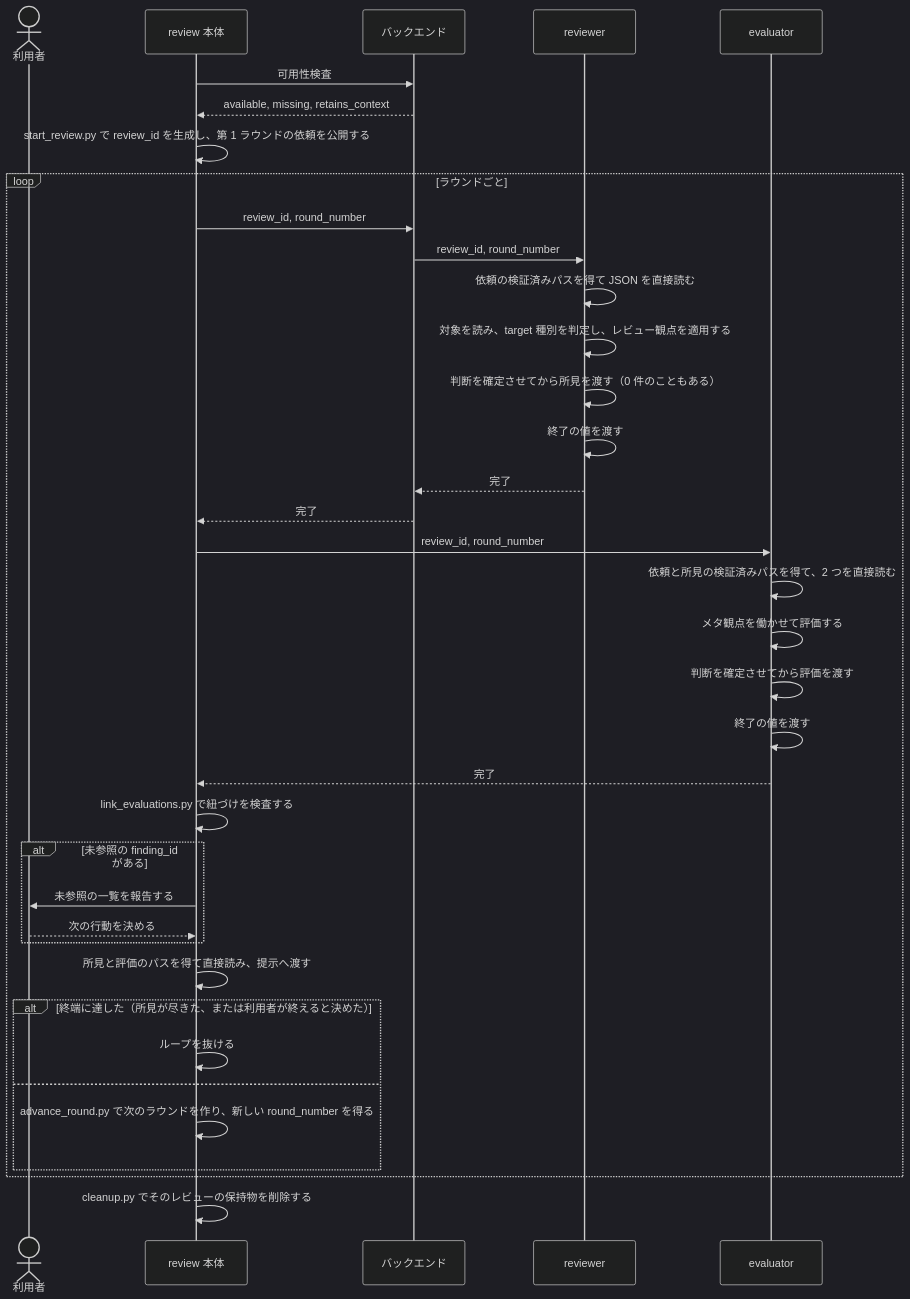
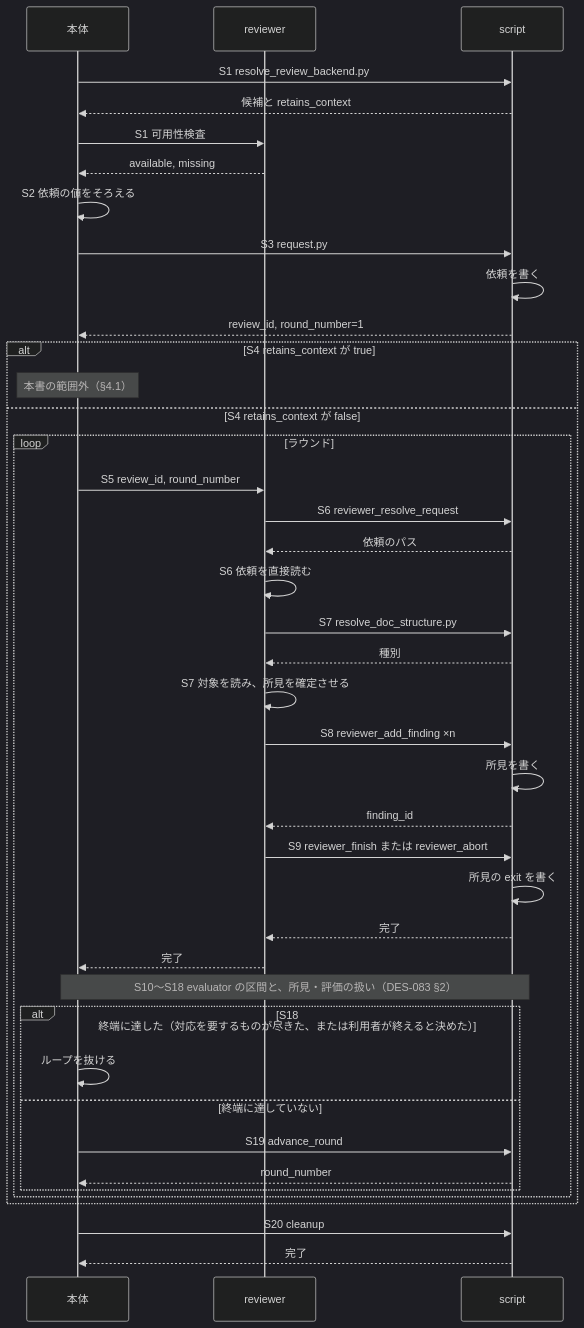
The first of 3 diagrams in docs/specs/review/design/DES-084_reviewer_design.md (BlueEventHorizon/bw-cc-plugins), drawn with Mermaid (dark theme) before and after one commit. The commit also changed other lines of this file and 4 other files, not shown here.

First line of the commit message:
docs: review設計書を基本設計（シーケンス・クラス・JSON・script）の節立てで書き直し、要件に本体が最終決定者である原則を加える

````diff
--- a/docs/specs/review/design/DES-084_reviewer_design.md
+++ b/docs/specs/review/design/DES-084_reviewer_design.md
@@ -28,40 +36,44 @@
 ```mermaid
 sequenceDiagram
-    actor Human as 利用者
-    participant Body as review 本体
-    participant B as バックエンド
+    participant Body as 本体
     participant R as reviewer
-    participant E as evaluator
+    participant Sc as script
 
-    Body->>B: 可用性検査
-    B-->>Body: available, missing, retains_context
-    Body->>Body: start_review.py で review_id を生成し、第 1 ラウンドの依頼を公開する
-    loop ラウンドごと
-        Body->>B: review_id, round_number
-        B->>R: review_id, round_number
-        R->>R: 依頼の検証済みパスを得て JSON を直接読む
-        R->>R: 対象を読み、target 種別を判定し、レビュー観点を適用する
-        R->>R: 判断を確定させてから所見を渡す（0 件のこともある）
-        R->>R: 終了の値を渡す
-        R-->>B: 完了
-        B-->>Body: 完了
-        Body->>E: review_id, round_number
-        E->>E: 依頼と所見の検証済みパスを得て、2 つを直接読む
-        E->>E: メタ観点を働かせて評価する
-        E->>E: 判断を確定させてから評価を渡す
-        E->>E: 終了の値を渡す
-        E-->>Body: 完了
-        Body->>Body: link_evaluations.py で紐づけを検査する
-        alt 未参照の finding_id がある
-            Body->>Human: 未参照の一覧を報告する
-            Human-->>Body: 次の行動を決める
-        end
-        Body->>Body: 所見と評価のパスを得て直接読み、提示へ渡す
-        alt 終端に達した（所見が尽きた、または利用者が終えると決めた）
-            Body->>Body: ループを抜ける
-        else
-            Body->>Body: advance_round.py で次のラウンドを作り、新しい round_number を得る
+    Body->>Sc: S1 resolve_review_backend.py
+    Sc-->>Body: 候補と retains_context
+    Body->>R: S1 可用性検査
+    R-->>Body: available, missing
+    Body->>Body: S2 依頼の値をそろえる
+    Body->>Sc: S3 request.py
+    Sc->>Sc: 依頼を書く
+    Sc-->>Body: review_id, round_number=1
+    alt S4 retains_context が true
+        Note over Body: 本書の範囲外（§4.1）
+    else S4 retains_context が false
+        loop ラウンド
+            Body->>R: S5 review_id, round_number
+            R->>Sc: S6 reviewer_resolve_request
+            Sc-->>R: 依頼のパス
+            R->>R: S6 依頼を直接読む
+            R->>Sc: S7 resolve_doc_structure.py
+            Sc-->>R: 種別
+            R->>R: S7 対象を読み、所見を確定させる
+            R->>Sc: S8 reviewer_add_finding ×n
+            Sc->>Sc: 所見を書く
+            Sc-->>R: finding_id
+            R->>Sc: S9 reviewer_finish または reviewer_abort
+            Sc->>Sc: 所見の exit を書く
+            Sc-->>R: 完了
+            R-->>Body: 完了
+            Note over Body,Sc: S10〜S18 evaluator の区間と、所見・評価の扱い（DES-083 §2）
+            alt S18 終端に達した（対応を要するものが尽きた、または利用者が終えると決めた）
+                Body->>Body: ループを抜ける
+            else 終端に達していない
+                Body->>Sc: S19 advance_round
+                Sc-->>Body: round_number
+            end
         end
     end
-    Body->>Body: cleanup.py でそのレビューの保持物を削除する
+    Body->>Sc: S20 cleanup
+    Sc-->>Body: 完了
 ```
````
